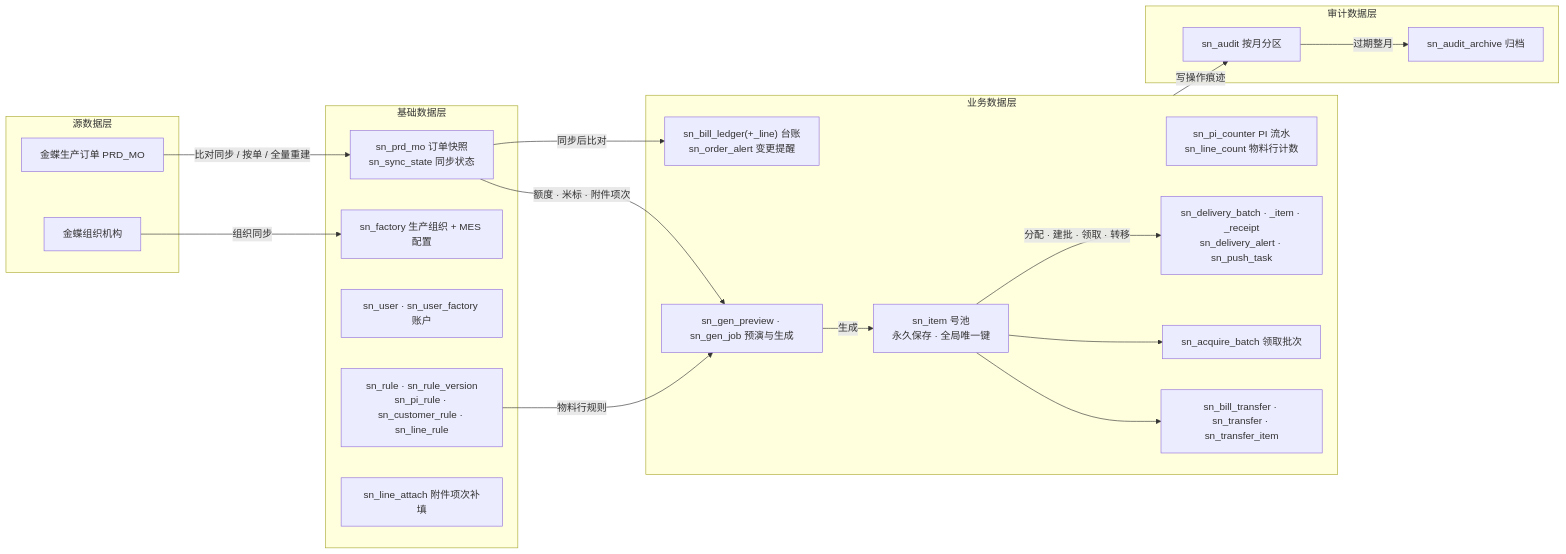
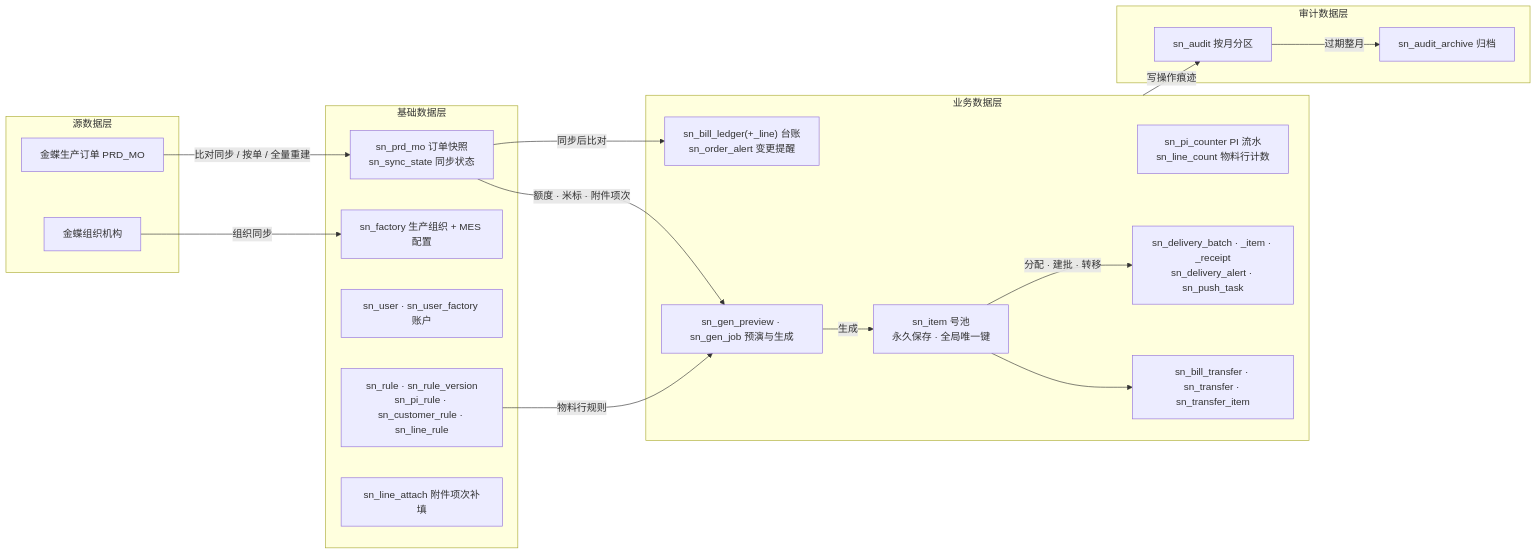
Before and after one commit to Createsnow/sn-center: the diagram in docs/images/系统技术方案/fig2-3-data-layer.mmd, drawn with Mermaid. The commit also changed 80 other files, not shown here.

```diff
--- a/docs/images/系统技术方案/fig2-3-data-layer.mmd
+++ b/docs/images/系统技术方案/fig2-3-data-layer.mmd
@@ -1,36 +1,34 @@
 flowchart LR
   subgraph SRC[源数据层]
     K1[金蝶生产订单 PRD_MO]
     K2[金蝶组织机构]
   end
   subgraph BASE[基础数据层]
     B1["sn_prd_mo 订单快照<br/>sn_sync_state 同步状态"]
     B2["sn_factory 生产组织 + MES 配置"]
     B3["sn_user · sn_user_factory 账户"]
     B4["sn_rule · sn_rule_version<br/>sn_pi_rule · sn_customer_rule · sn_line_rule"]
     B5["sn_line_attach 附件项次补填"]
   end
   subgraph BIZ[业务数据层]
     Z1["sn_item 号池<br/>永久保存 · 全局唯一键"]
     Z2["sn_pi_counter PI 流水<br/>sn_line_count 物料行计数"]
     Z3["sn_bill_ledger(+_line) 台账<br/>sn_order_alert 变更提醒"]
     Z4["sn_gen_preview · sn_gen_job 预演与生成"]
     Z5["sn_delivery_batch · _item · _receipt<br/>sn_delivery_alert · sn_push_task"]
-    Z6["sn_acquire_batch 领取批次"]
     Z7["sn_bill_transfer · sn_transfer · sn_transfer_item"]
   end
   subgraph AUD[审计数据层]
     A1["sn_audit 按月分区"]
     A2["sn_audit_archive 归档"]
   end
   K1 -->|比对同步 / 按单 / 全量重建| B1
   K2 -->|组织同步| B2
   B1 -->|额度 · 米标 · 附件项次| Z4
   B4 -->|物料行规则| Z4
   Z4 -->|生成| Z1
-  Z1 -->|分配 · 建批 · 领取 · 转移| Z5
-  Z1 --> Z6
+  Z1 -->|分配 · 建批 · 转移| Z5
   Z1 --> Z7
   B1 -->|同步后比对| Z3
   BIZ -->|写操作痕迹| A1
   A1 -->|过期整月| A2
```
